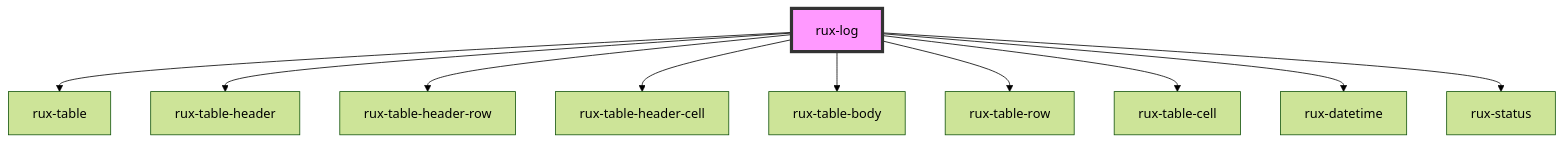
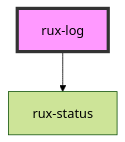
The diagram in src/components/rux-log/readme.md (RocketCommunicationsInc/astro-components-stencil), drawn with Mermaid (forest theme) before and after one commit. The commit also changed other lines of this file and 26 other files, not shown here.

````diff
--- a/src/components/rux-log/readme.md
+++ b/src/components/rux-log/readme.md
@@ -92,13 +83,5 @@
 ```mermaid
 graph TD;
-  rux-log --> rux-table
-  rux-log --> rux-table-header
-  rux-log --> rux-table-header-row
-  rux-log --> rux-table-header-cell
-  rux-log --> rux-table-body
-  rux-log --> rux-table-row
-  rux-log --> rux-table-cell
-  rux-log --> rux-datetime
   rux-log --> rux-status
   style rux-log fill:#f9f,stroke:#333,stroke-width:4px
 ```
````
